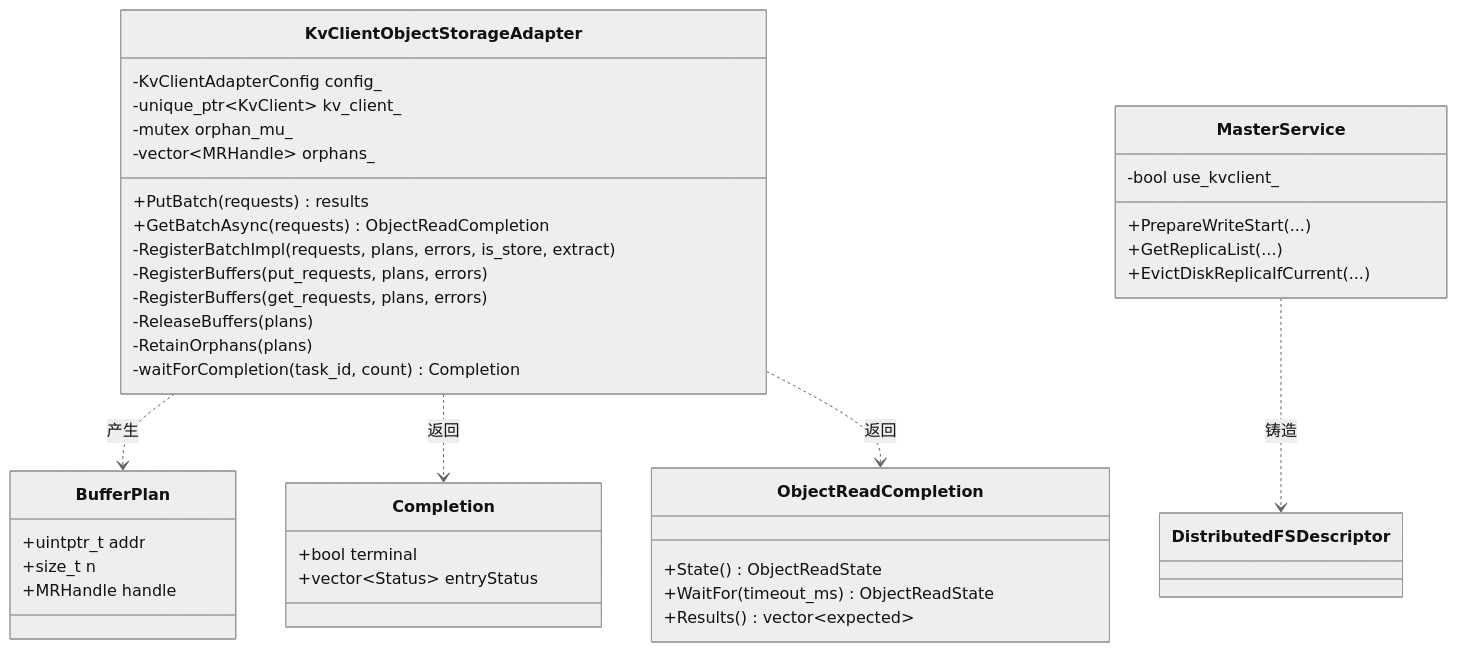
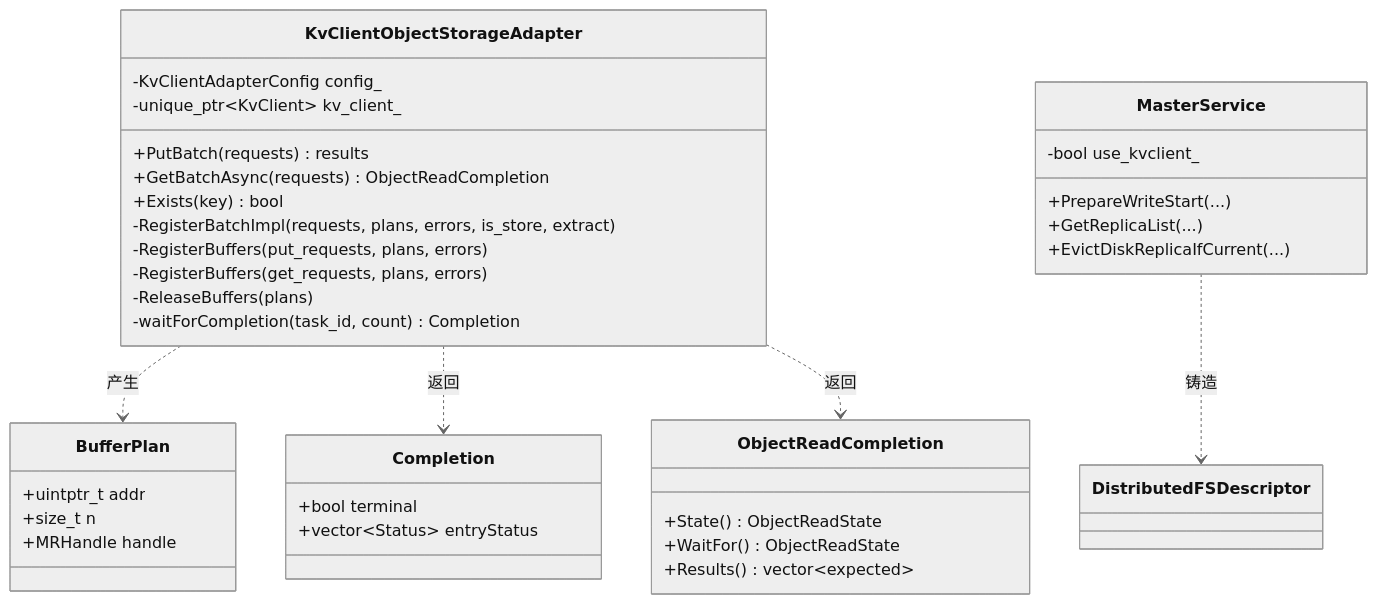
One commit to zwj20000328-dotcom/Mooncake-documents changed the fourth of 11 diagrams in Mooncake + KVClient L3 接入（Kvcs）- PR 实施设计.md. Above: the diagram before and after it, drawn with Mermaid (neutral theme). The commit also changed other lines of this file and 2 other files, not shown here.

Commit message:
docs: leave validation and timeout to the kvclient SDK

````diff
--- a/Mooncake + KVClient L3 接入（Kvcs）- PR 实施设计.md
+++ b/Mooncake + KVClient L3 接入（Kvcs）- PR 实施设计.md
@@ -598,48 +600,46 @@
 ```mermaid
 classDiagram
     direction TB
 
     class BufferPlan {
         +uintptr_t addr
         +size_t n
         +MRHandle handle
     }
 
     class Completion {
         +bool terminal
         +vector~Status~ entryStatus
     }
 
     class ObjectReadCompletion {
         +State() ObjectReadState
-        +WaitFor(timeout_ms) ObjectReadState
+        +WaitFor() ObjectReadState
         +Results() vector~expected~
     }
 
     class KvClientObjectStorageAdapter {
         -KvClientAdapterConfig config_
         -unique_ptr~KvClient~ kv_client_
-        -mutex orphan_mu_
-        -vector~MRHandle~ orphans_
         +PutBatch(requests) results
         +GetBatchAsync(requests) ObjectReadCompletion
+        +Exists(key) bool
         -RegisterBatchImpl(requests, plans, errors, is_store, extract)
         -RegisterBuffers(put_requests, plans, errors)
         -RegisterBuffers(get_requests, plans, errors)
         -ReleaseBuffers(plans)
-        -RetainOrphans(plans)
         -waitForCompletion(task_id, count) Completion
     }
 
     class MasterService {
         -bool use_kvclient_
         +PrepareWriteStart(...)
         +GetReplicaList(...)
         +EvictDiskReplicaIfCurrent(...)
     }
 
     KvClientObjectStorageAdapter ..> BufferPlan : 产生
     KvClientObjectStorageAdapter ..> Completion : 返回
     KvClientObjectStorageAdapter ..> ObjectReadCompletion : 返回
     MasterService ..> DistributedFSDescriptor : 铸造
 ```
````
